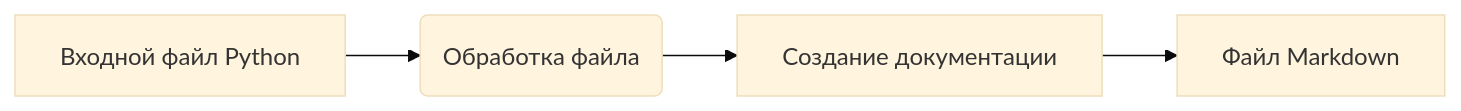
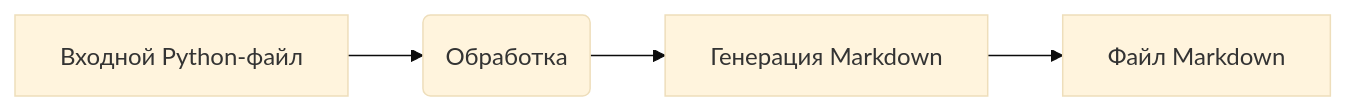
The diagram in docs/gemini/ru/explainer/src/endpoints/hypo69/code_assistant/instructions/instruction_doc_writer_md_en.md (hypo69/hypo), drawn with Mermaid (base theme) before and after one commit. The commit also changed other lines of this file and 468 other files, not shown here.

````diff
--- a/docs/gemini/ru/explainer/src/endpoints/hypo69/code_assistant/instructions/instruction_doc_writer_md_en.md
+++ b/docs/gemini/ru/explainer/src/endpoints/hypo69/code_assistant/instructions/instruction_doc_writer_md_en.md
@@ -95,6 +94,6 @@
 ```mermaid
 graph LR
-    A[Входной файл Python] --> B(Обработка файла);
-    B --> C[Создание документации];
+    A[Входной Python-файл] --> B(Обработка);
+    B --> C[Генерация Markdown];
     C --> D[Файл Markdown];
 ```
````
